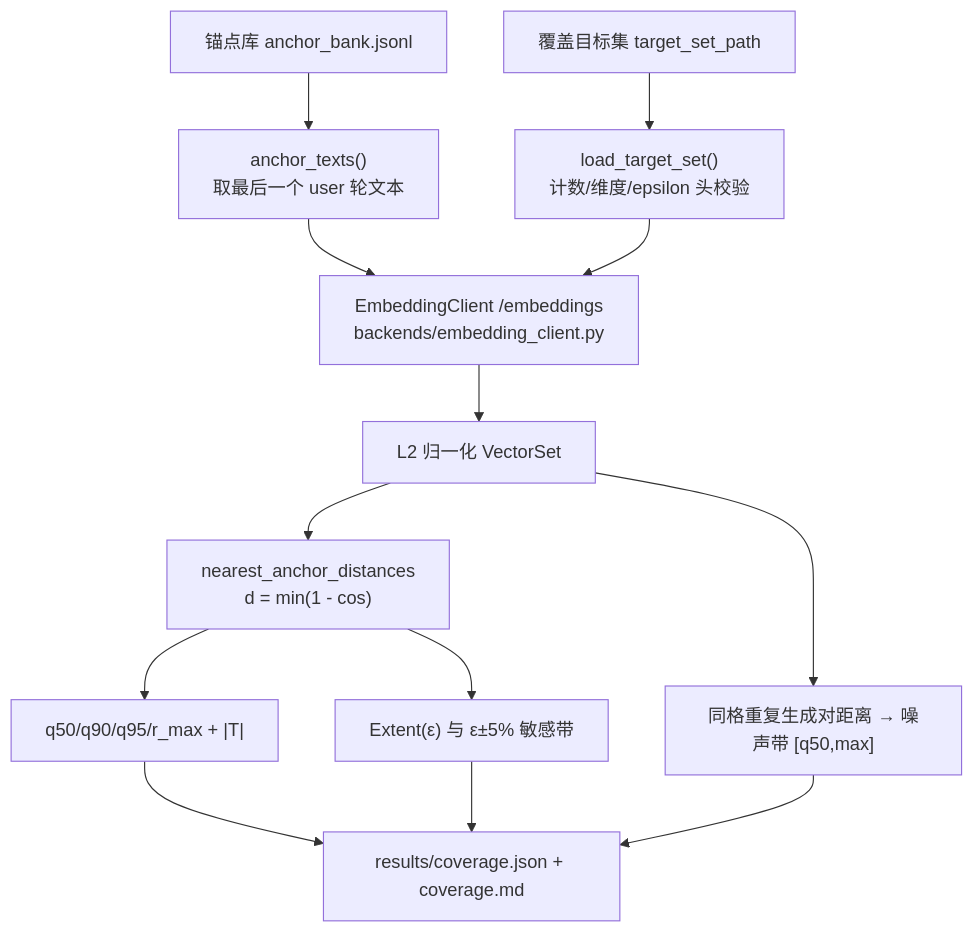
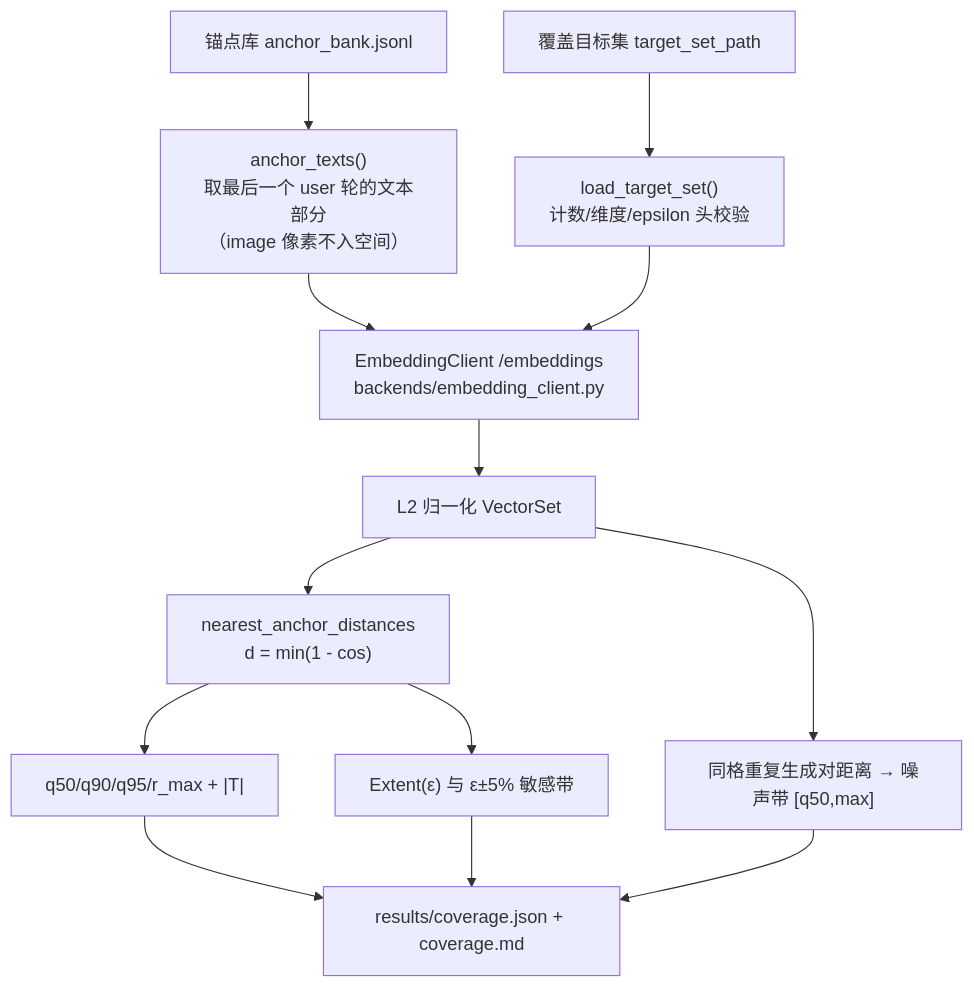
The diagram in docs/measurement.md (godthrone/anchor-replay-distillation), drawn with Mermaid before and after one commit. The commit also changed other lines of this file and 2 other files, not shown here.

````diff
--- a/docs/measurement.md
+++ b/docs/measurement.md
@@ -74,15 +86,15 @@
 ```mermaid
 flowchart TD
-    A["锚点库 anchor_bank.jsonl"] --> B["anchor_texts()<br/>取最后一个 user 轮文本"]
+    A["锚点库 anchor_bank.jsonl"] --> B["anchor_texts()<br/>取最后一个 user 轮的文本部分<br/>（image 像素不入空间）"]
     T["覆盖目标集 target_set_path"] --> U["load_target_set()<br/>计数/维度/epsilon 头校验"]
     B --> E["EmbeddingClient /embeddings<br/>backends/embedding_client.py"]
     U --> E
     E --> N["L2 归一化 VectorSet"]
     N --> D["nearest_anchor_distances<br/>d = min(1 - cos)"]
     D --> Q["q50/q90/q95/r_max + |T|"]
     D --> X["Extent(ε) 与 ε±5% 敏感带"]
     N --> W["同格重复生成对距离 → 噪声带 [q50,max]"]
     Q --> R["results/coverage.json + coverage.md"]
     X --> R
     W --> R
 ```
````
